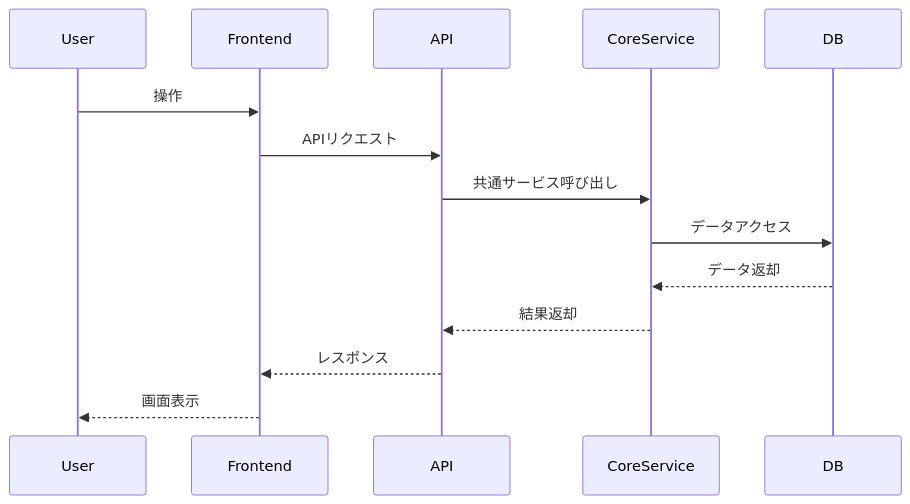
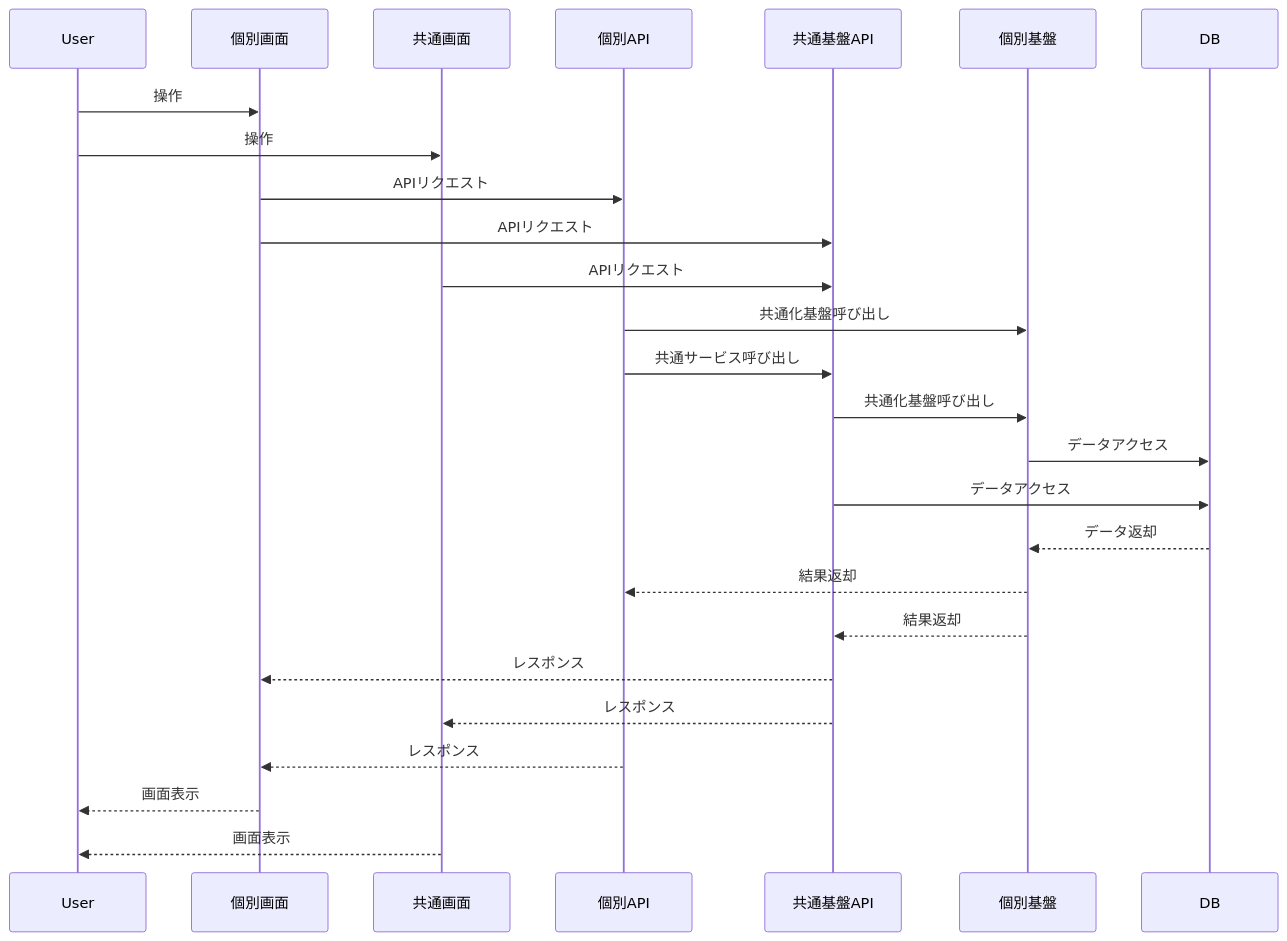
The second of 2 diagrams in docs/01_設計/01_アーキテクチャ.md (RyuheiKiso/KisoFramework), drawn with Mermaid before and after one commit. The commit also changed other lines of this file, not shown here.

````diff
--- a/docs/01_設計/01_アーキテクチャ.md
+++ b/docs/01_設計/01_アーキテクチャ.md
@@ -184,17 +218,29 @@
 ```mermaid
 sequenceDiagram
   participant User
-  participant Frontend
-  participant API
-  participant CoreService
+  participant IndividualUI as 個別画面
+  participant CommonUI as 共通画面
+  participant IndividualAPI as 個別API
+  participant CommonAPI as 共通基盤API
+  participant IndividualPlatform as 個別基盤
   participant DB
 
-  User->>Frontend: 操作
-  Frontend->>API: APIリクエスト
-  API->>CoreService: 共通サービス呼び出し
-  CoreService->>DB: データアクセス
-  DB-->>CoreService: データ返却
-  CoreService-->>API: 結果返却
-  API-->>Frontend: レスポンス
-  Frontend-->>User: 画面表示
+  User->>IndividualUI: 操作
+  User->>CommonUI: 操作
+  IndividualUI->>IndividualAPI: APIリクエスト
+  IndividualUI->>CommonAPI: APIリクエスト
+  CommonUI->>CommonAPI: APIリクエスト
+  IndividualAPI->>IndividualPlatform: 共通化基盤呼び出し
+  IndividualAPI->>CommonAPI: 共通サービス呼び出し
+  CommonAPI->>IndividualPlatform: 共通化基盤呼び出し
+  IndividualPlatform->>DB: データアクセス
+  CommonAPI->>DB: データアクセス
+  DB-->>IndividualPlatform: データ返却
+  IndividualPlatform-->>IndividualAPI: 結果返却
+  IndividualPlatform-->>CommonAPI: 結果返却
+  CommonAPI-->>IndividualUI: レスポンス
+  CommonAPI-->>CommonUI: レスポンス
+  IndividualAPI-->>IndividualUI: レスポンス
+  IndividualUI-->>User: 画面表示
+  CommonUI-->>User: 画面表示
 ```
````
